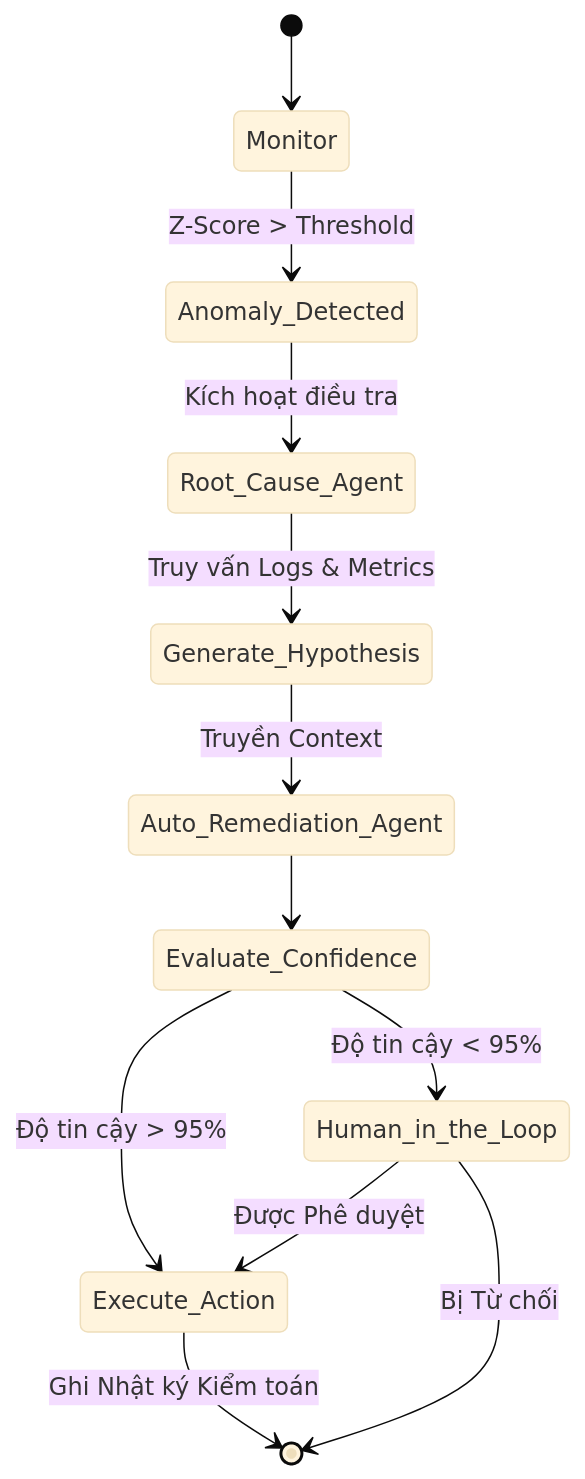
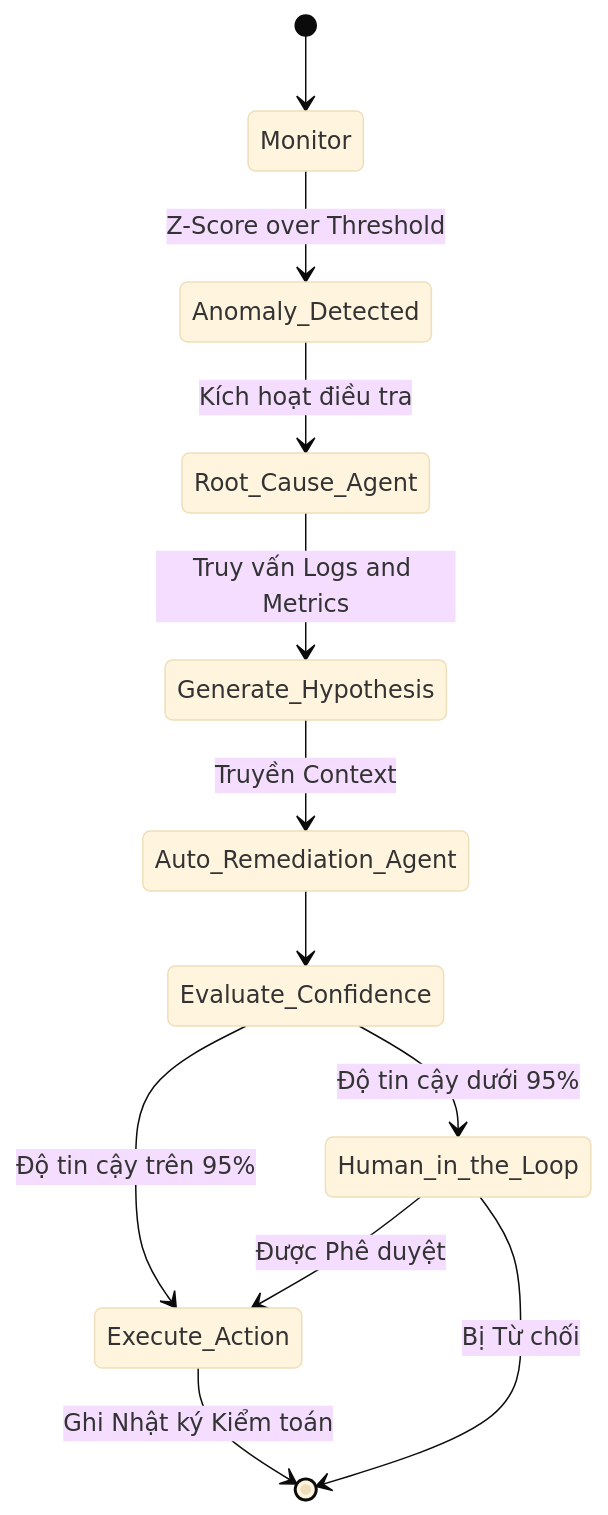
The fifth of 5 diagrams in pages/architecture.vi.mdx (alan-do/frt-finops-gitbook), drawn with Mermaid (base theme) before and after one commit. The commit also changed 1 other file, not shown here.

Commit message:
fix(mermaid): remove special characters < > & from stateDiagram labels

````diff
--- a/pages/architecture.vi.mdx
+++ b/pages/architecture.vi.mdx
@@ -233,14 +233,14 @@
 ```mermaid
 stateDiagram-v2
     [*] --> Monitor
-    Monitor --> Anomaly_Detected : Z-Score > Threshold
+    Monitor --> Anomaly_Detected : Z-Score over Threshold
     Anomaly_Detected --> Root_Cause_Agent : Kích hoạt điều tra
-    Root_Cause_Agent --> Generate_Hypothesis : Truy vấn Logs & Metrics
+    Root_Cause_Agent --> Generate_Hypothesis : Truy vấn Logs and Metrics
     Generate_Hypothesis --> Auto_Remediation_Agent : Truyền Context
     Auto_Remediation_Agent --> Evaluate_Confidence
-    Evaluate_Confidence --> Execute_Action : Độ tin cậy > 95%
-    Evaluate_Confidence --> Human_in_the_Loop : Độ tin cậy < 95%
+    Evaluate_Confidence --> Execute_Action : Độ tin cậy trên 95%
+    Evaluate_Confidence --> Human_in_the_Loop : Độ tin cậy dưới 95%
     Human_in_the_Loop --> Execute_Action : Được Phê duyệt
     Human_in_the_Loop --> [*] : Bị Từ chối
     Execute_Action --> [*] : Ghi Nhật ký Kiểm toán
 ```
````
